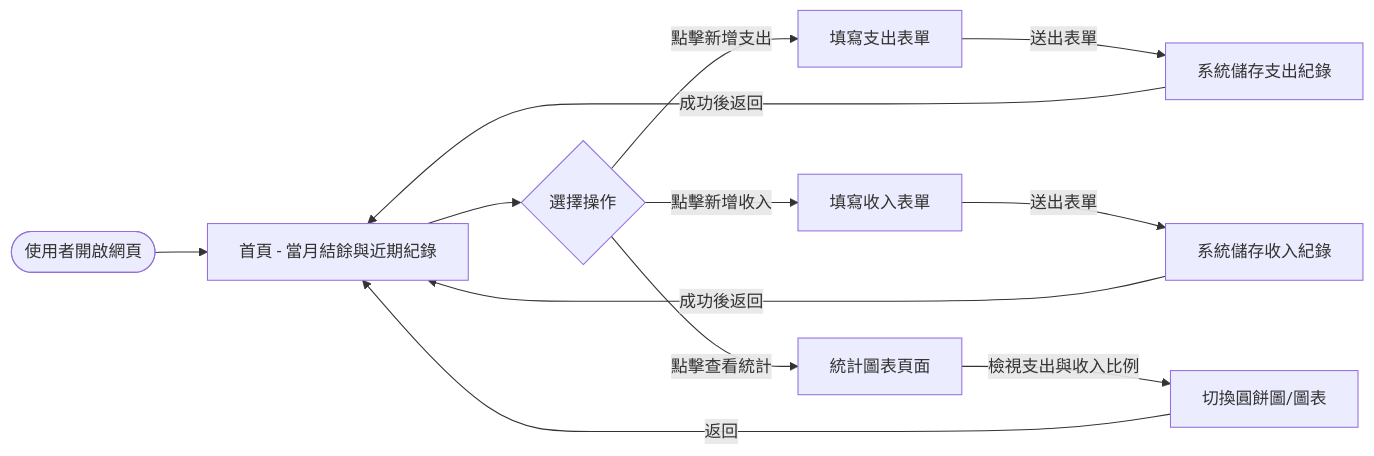
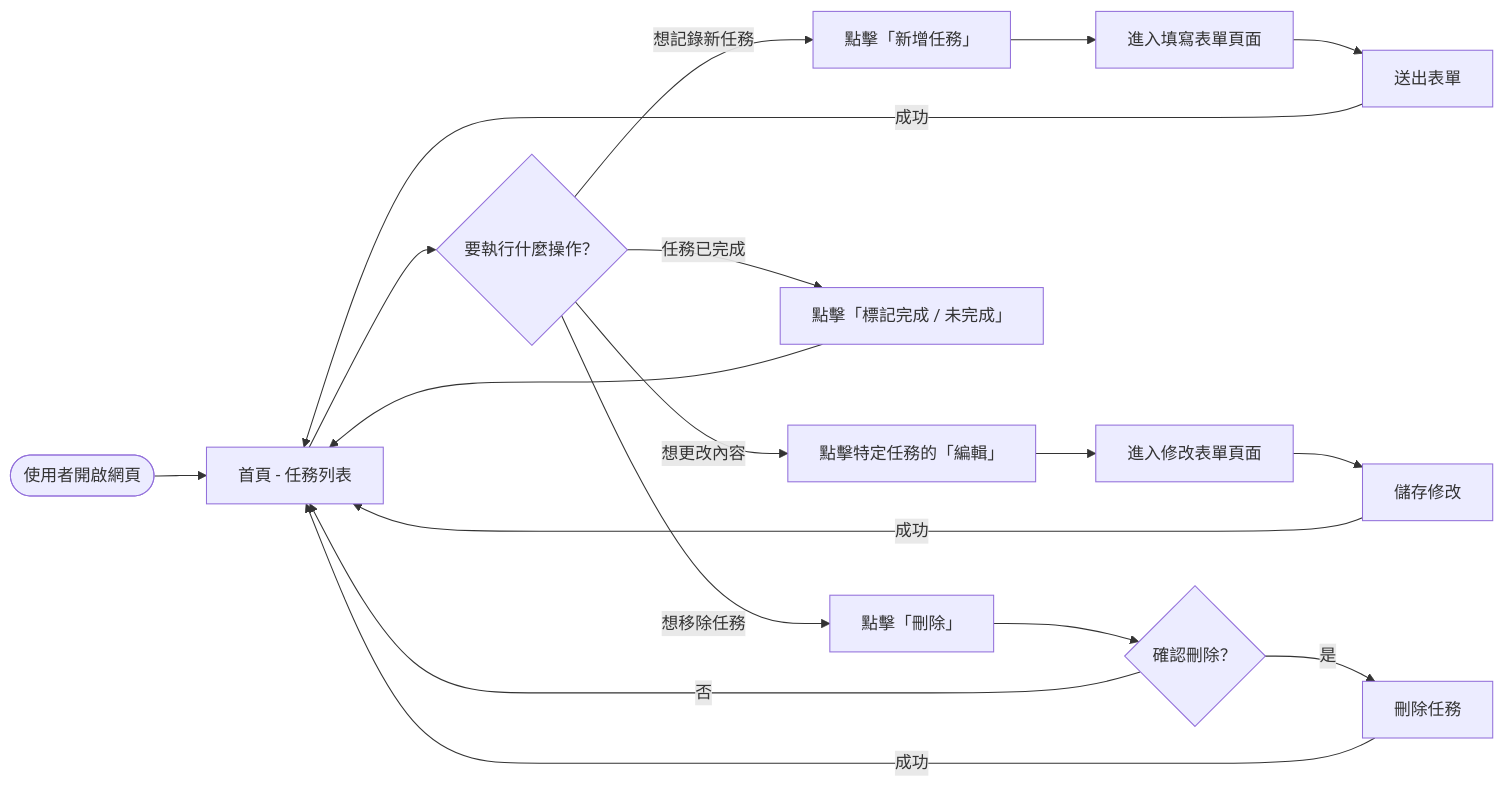
One commit to D1420370-ops/web_app_development changed the first of 2 diagrams in docs/FLOWCHART.md. Above: the diagram before and after it, drawn with Mermaid. The commit also changed other lines of this file, not shown here.

Commit message:
docs: add user flowchart

````diff
--- a/docs/FLOWCHART.md
+++ b/docs/FLOWCHART.md
@@ -7,17 +9,24 @@
 ```mermaid
 flowchart LR
-    A([使用者開啟網頁]) --> B[首頁 - 當月結餘與近期紀錄]
-    B --> C{選擇操作}
+    A([使用者開啟網頁]) --> B[首頁 - 任務列表]
+    B --> C{要執行什麼操作？}
     
-    C -->|點擊新增支出| D[填寫支出表單]
-    D -->|送出表單| E[系統儲存支出紀錄]
-    E -->|成功後返回| B
+    C -->|想記錄新任務| D[點擊「新增任務」]
+    D --> E[進入填寫表單頁面]
+    E --> F[送出表單]
+    F -->|成功| B
     
-    C -->|點擊新增收入| F[填寫收入表單]
-    F -->|送出表單| G[系統儲存收入紀錄]
-    G -->|成功後返回| B
-
-    C -->|點擊查看統計| H[統計圖表頁面]
-    H -->|檢視支出與收入比例| I[切換圓餅圖/圖表]
-    I -->|返回| B
+    C -->|想更改內容| G[點擊特定任務的「編輯」]
+    G --> H[進入修改表單頁面]
+    H --> I[儲存修改]
+    I -->|成功| B
+    
+    C -->|任務已完成| J[點擊「標記完成 / 未完成」]
+    J --> B
+    
+    C -->|想移除任務| K[點擊「刪除」]
+    K --> L{確認刪除？}
+    L -->|是| M[刪除任務]
+    M -->|成功| B
+    L -->|否| B
 ```
````
